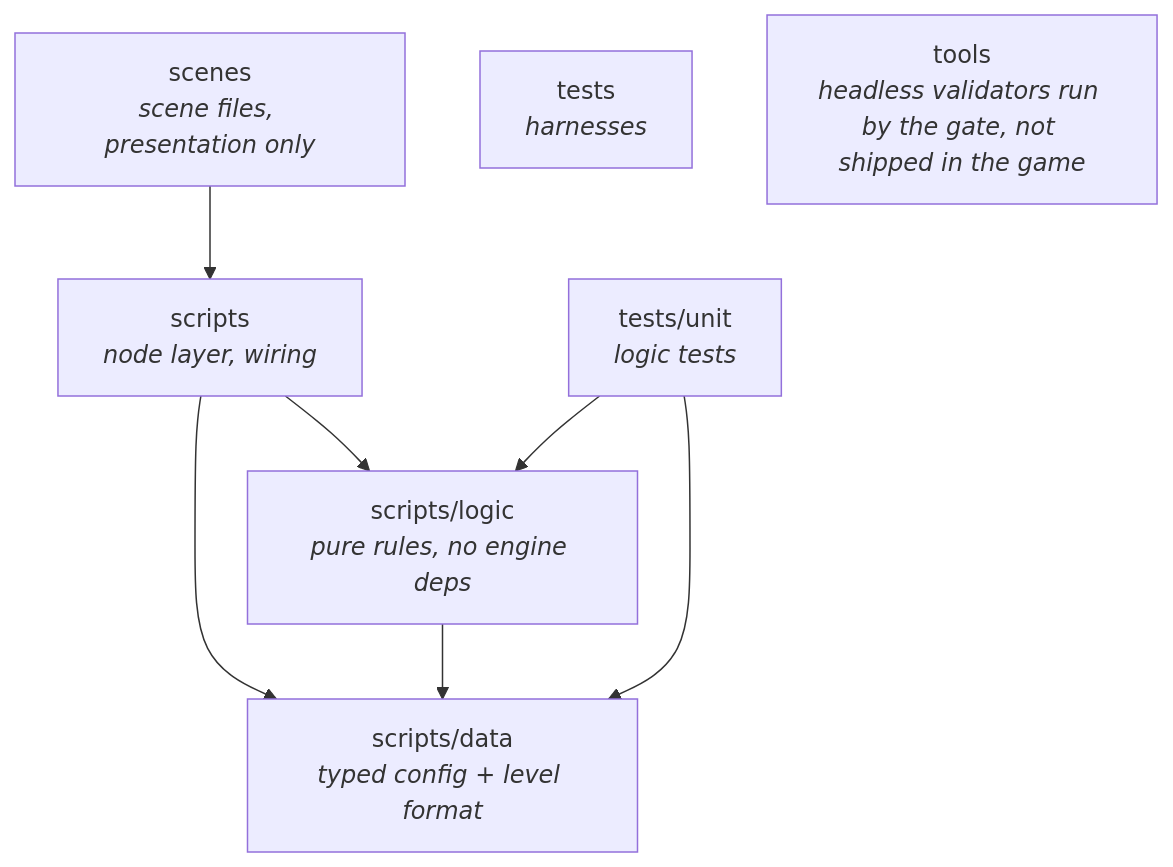
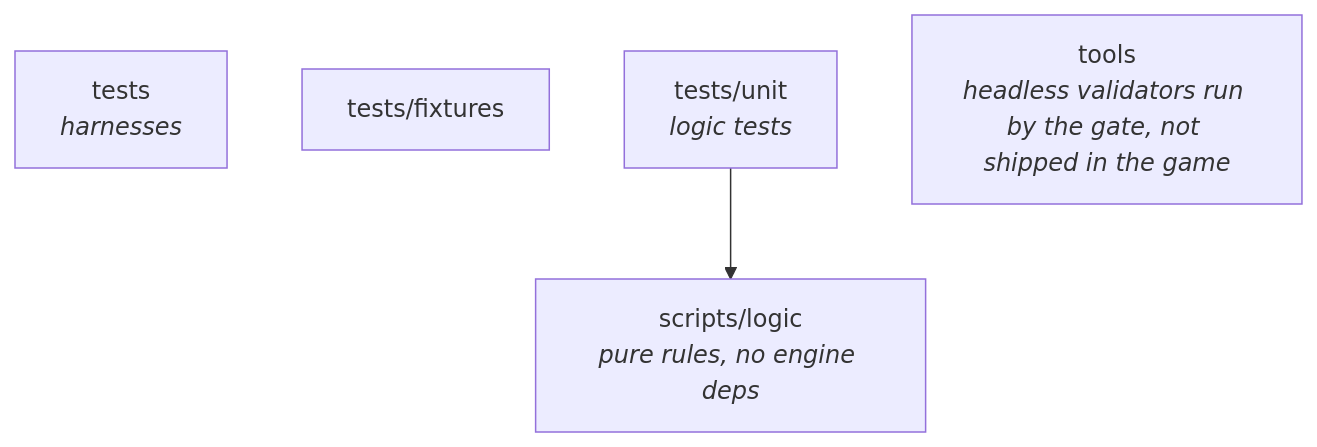
Before and after one commit to FallingReign/godot-agent-starter: the diagram in ARCHITECTURE.md, drawn with Mermaid. The commit also changed other lines of this file and 183 other files, not shown here.

````diff
--- a/ARCHITECTURE.md
+++ b/ARCHITECTURE.md
@@ -22,17 +22,10 @@
 ```mermaid
 graph TD
-    scenes["scenes<br/><i>scene files, presentation only</i>"]
-    scripts["scripts<br/><i>node layer, wiring</i>"]
-    scripts_data["scripts/data<br/><i>typed config + level format</i>"]
     scripts_logic["scripts/logic<br/><i>pure rules, no engine deps</i>"]
     tests["tests<br/><i>harnesses</i>"]
+    tests_fixtures["tests/fixtures"]
     tests_unit["tests/unit<br/><i>logic tests</i>"]
     tools["tools<br/><i>headless validators run by the gate, not shipped in the game</i>"]
 
-    scenes --> scripts
-    scripts --> scripts_data
-    scripts --> scripts_logic
-    scripts_logic --> scripts_data
-    tests_unit --> scripts_data
     tests_unit --> scripts_logic
 ```
````
